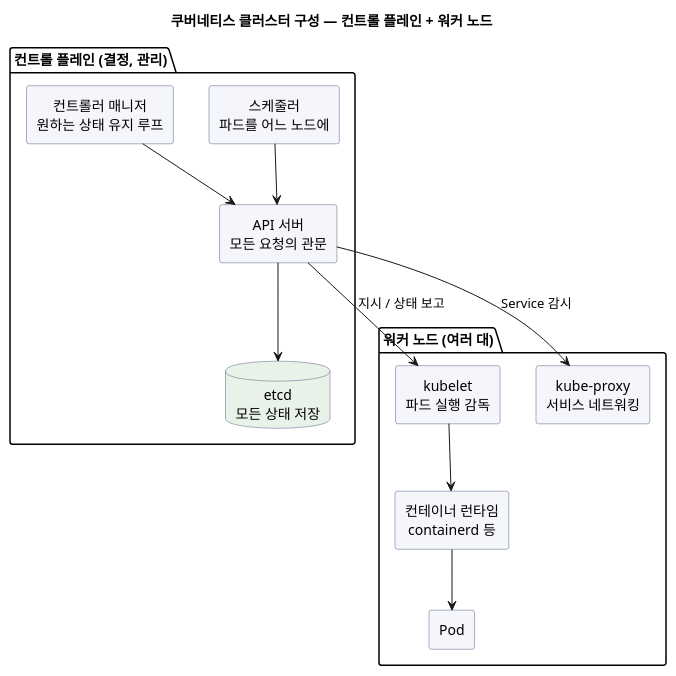
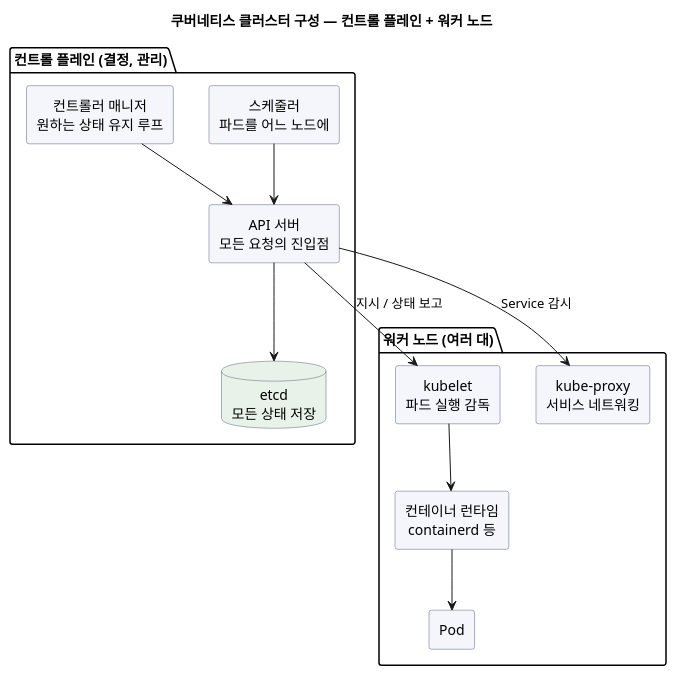
Before and after one commit to johnycho/johny-dev: the first of 3 diagrams in blog/2026-09-16-kubernetes-components-architecture.mdx, drawn with PlantUML. The commit also changed other lines of this file and 63 other files, not shown here.

````diff
--- a/blog/2026-09-16-kubernetes-components-architecture.mdx
+++ b/blog/2026-09-16-kubernetes-components-architecture.mdx
@@ -43,36 +43,36 @@
 ```plantuml
 @startuml
 skinparam defaultTextAlignment center
 skinparam rectangle {
   BackgroundColor #F4F6FB
   BorderColor #556080
 }
 skinparam database {
   BackgroundColor #E9F2E9
   BorderColor #556080
 }
 title 쿠버네티스 클러스터 구성 — 컨트롤 플레인 + 워커 노드
 
 package "컨트롤 플레인 (결정, 관리)" {
-  rectangle "API 서버\n모든 요청의 관문" as api
+  rectangle "API 서버\n모든 요청의 진입점" as api
   database "etcd\n모든 상태 저장" as etcd
   rectangle "스케줄러\n파드를 어느 노드에" as sched
   rectangle "컨트롤러 매니저\n원하는 상태 유지 루프" as cm
 }
 
 package "워커 노드 (여러 대)" {
   rectangle "kubelet\n파드 실행 감독" as k1
   rectangle "컨테이너 런타임\ncontainerd 등" as r1
   rectangle "kube-proxy\n서비스 네트워킹" as p1
   rectangle "Pod" as pod1
 }
 
 api --> etcd
 sched --> api
 cm --> api
 api --> k1 : 지시 / 상태 보고
 api --> p1 : Service 감시
 k1 --> r1
 r1 --> pod1
 @enduml
 ```
````
